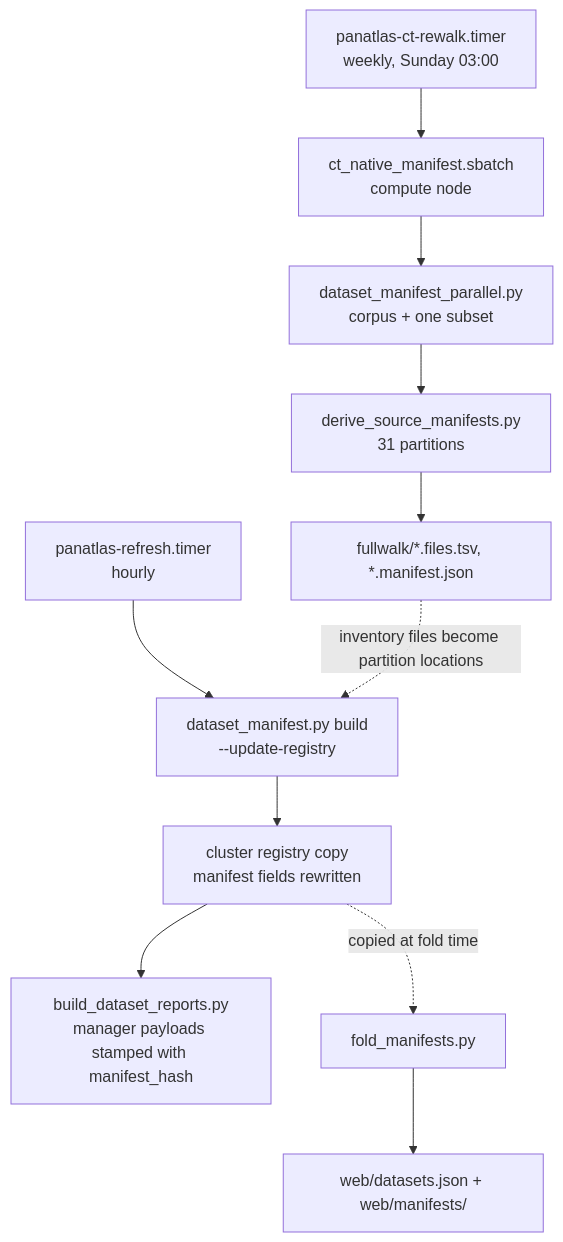
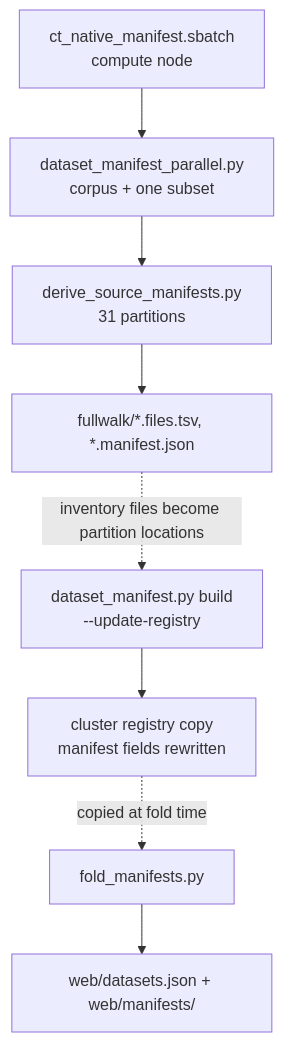
One commit to ThePanAtlas/docs changed the diagram in docs/metadata/manifests.md. Above: the diagram before and after it, drawn with Mermaid. The commit also changed other lines of this file and 19 other files, not shown here.

````diff
--- a/docs/metadata/manifests.md
+++ b/docs/metadata/manifests.md
@@ -135,12 +134,9 @@
 ```mermaid
 flowchart TD
-  T1[panatlas-refresh.timer<br/>hourly] --> B[dataset_manifest.py build<br/>--update-registry]
-  B --> CR[cluster registry copy<br/>manifest fields rewritten]
-  CR --> RP[build_dataset_reports.py<br/>manager payloads stamped with manifest_hash]
-  T2[panatlas-ct-rewalk.timer<br/>weekly, Sunday 03:00] --> S[ct_native_manifest.sbatch<br/>compute node]
-  S --> PW[dataset_manifest_parallel.py<br/>corpus + one subset]
+  B[dataset_manifest.py build<br/>--update-registry] --> CR[cluster registry copy<br/>manifest fields rewritten]
+  S[ct_native_manifest.sbatch<br/>compute node] --> PW[dataset_manifest_parallel.py<br/>corpus + one subset]
   PW --> DS[derive_source_manifests.py<br/>31 partitions]
   DS --> FW[fullwalk/*.files.tsv, *.manifest.json]
   FW -. inventory files become partition locations .-> B
   CR -. copied at fold time .-> F[fold_manifests.py] --> RR[web/datasets.json + web/manifests/]
 ```
````
